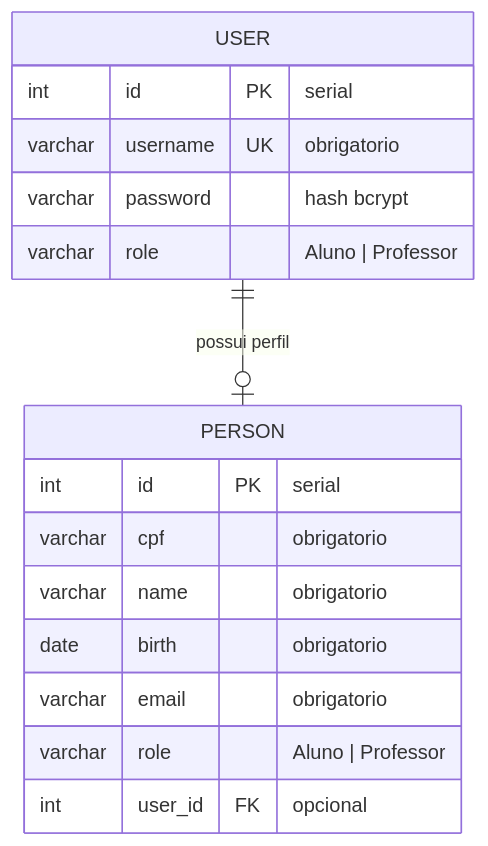
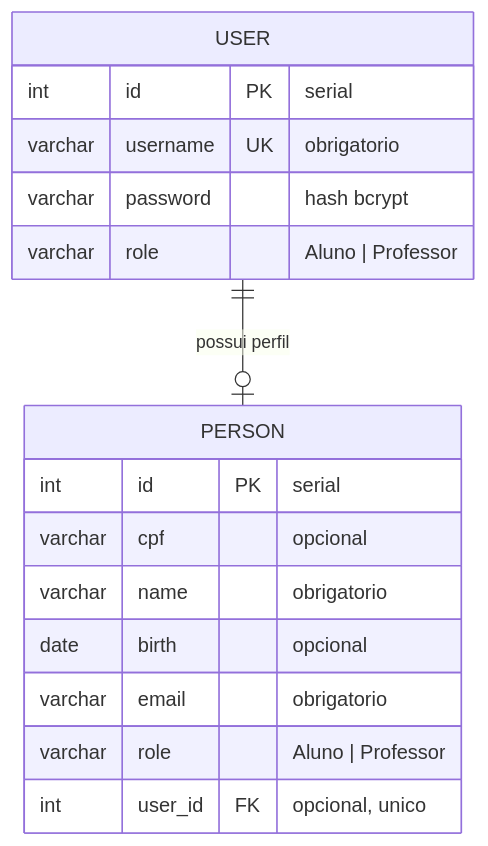
One commit to fivamkhora/api-auth changed the diagram in README.md. Above: the diagram before and after it, drawn with Mermaid. The commit also changed other lines of this file, not shown here.

````diff
--- a/README.md
+++ b/README.md
@@ -177,21 +179,21 @@
 ```mermaid
 erDiagram
   USER {
     int id PK "serial"
     varchar username UK "obrigatorio"
     varchar password "hash bcrypt"
     varchar role "Aluno | Professor"
   }
 
   PERSON {
     int id PK "serial"
-    varchar cpf "obrigatorio"
+    varchar cpf "opcional"
     varchar name "obrigatorio"
-    date birth "obrigatorio"
+    date birth "opcional"
     varchar email "obrigatorio"
     varchar role "Aluno | Professor"
-    int user_id FK "opcional"
+    int user_id FK "opcional, unico"
   }
 
   USER ||--o| PERSON : "possui perfil"
 ```
````
